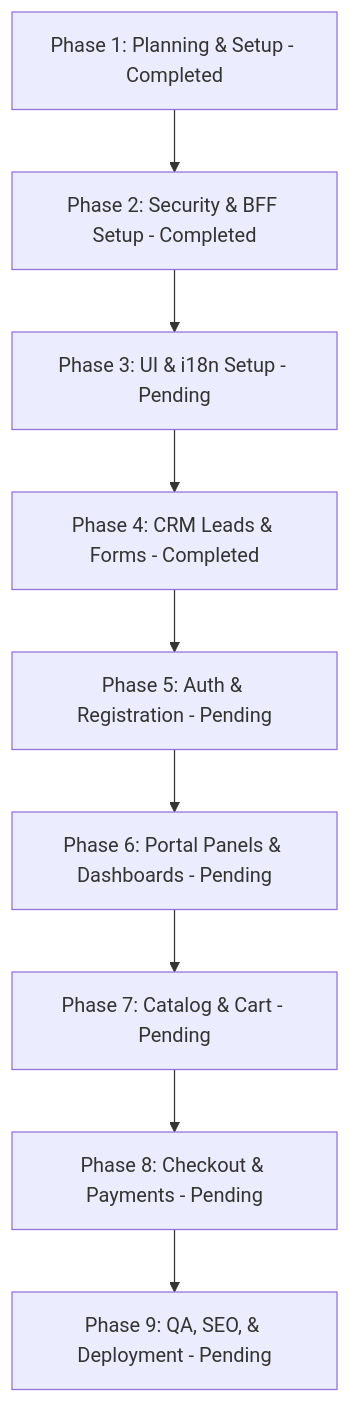
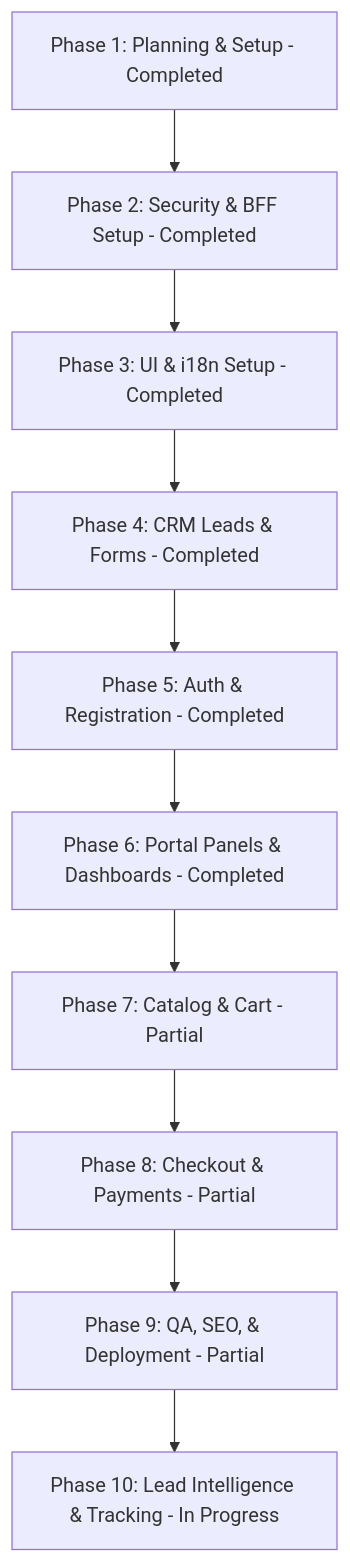
Before and after one commit to rezar-84/varsco_com: the diagram in doc/implementation_plan.md, drawn with Mermaid. The commit also changed other lines of this file, not shown here.

````diff
--- a/doc/implementation_plan.md
+++ b/doc/implementation_plan.md
@@ -9,11 +9,12 @@
 ```mermaid
 graph TD
     Phase1[Phase 1: Planning & Setup - Completed] --> Phase2[Phase 2: Security & BFF Setup - Completed]
-    Phase2 --> Phase3[Phase 3: UI & i18n Setup - Pending]
+    Phase2 --> Phase3[Phase 3: UI & i18n Setup - Completed]
     Phase3 --> Phase4[Phase 4: CRM Leads & Forms - Completed]
-    Phase4 --> Phase5[Phase 5: Auth & Registration - Pending]
-    Phase5 --> Phase6[Phase 6: Portal Panels & Dashboards - Pending]
-    Phase6 --> Phase7[Phase 7: Catalog & Cart - Pending]
-    Phase7 --> Phase8[Phase 8: Checkout & Payments - Pending]
-    Phase8 --> Phase9[Phase 9: QA, SEO, & Deployment - Pending]
+    Phase4 --> Phase5[Phase 5: Auth & Registration - Completed]
+    Phase5 --> Phase6[Phase 6: Portal Panels & Dashboards - Completed]
+    Phase6 --> Phase7[Phase 7: Catalog & Cart - Partial]
+    Phase7 --> Phase8[Phase 8: Checkout & Payments - Partial]
+    Phase8 --> Phase9[Phase 9: QA, SEO, & Deployment - Partial]
+    Phase9 --> Phase10[Phase 10: Lead Intelligence & Tracking - In Progress]
 ```
````
